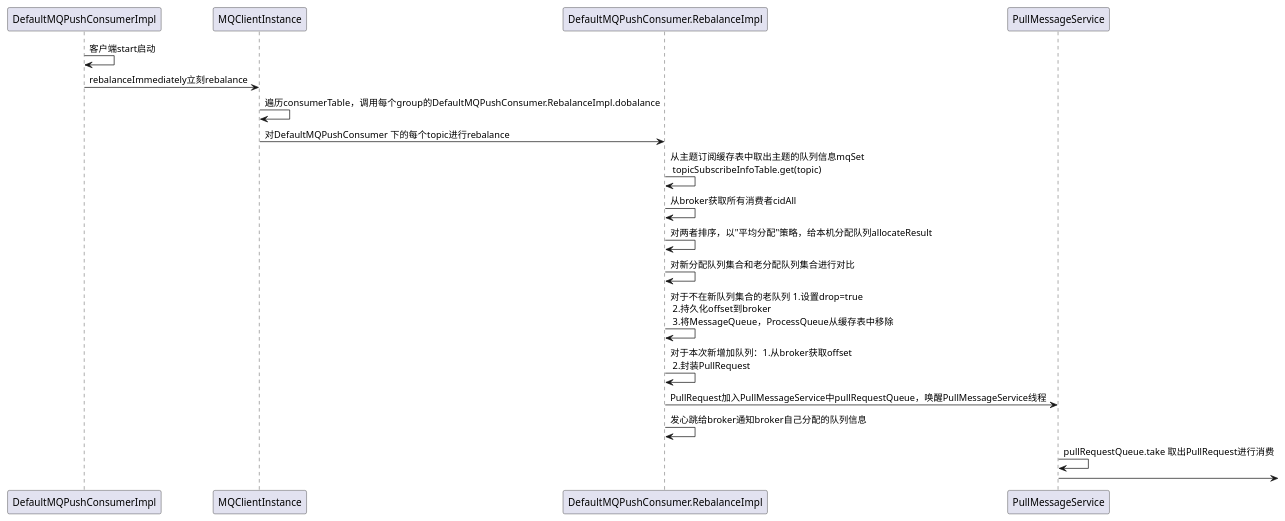
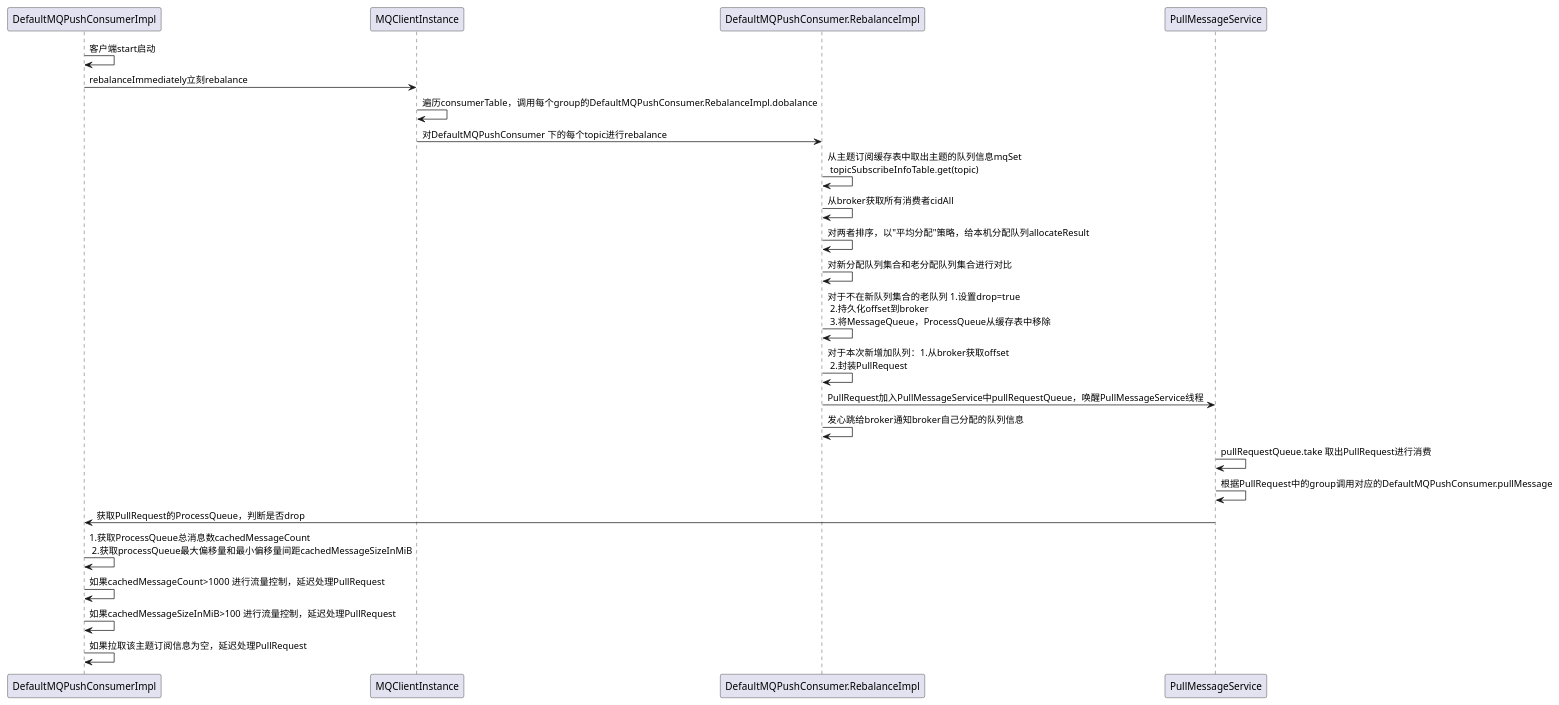
The diagram in rocketmq/消息消费.puml (sybnfkn/java-chaotic), drawn with PlantUML before and after one commit.

```diff
--- a/rocketmq/消息消费.puml
+++ b/rocketmq/消息消费.puml
@@ -1,20 +1,28 @@
 @startuml
 DefaultMQPushConsumerImpl -> DefaultMQPushConsumerImpl:客户端start启动
 DefaultMQPushConsumerImpl -> MQClientInstance:rebalanceImmediately立刻rebalance
 MQClientInstance -> MQClientInstance:遍历consumerTable，调用每个group的DefaultMQPushConsumer.RebalanceImpl.dobalance
 MQClientInstance -> DefaultMQPushConsumer.RebalanceImpl: 对DefaultMQPushConsumer 下的每个topic进行rebalance
 DefaultMQPushConsumer.RebalanceImpl-> DefaultMQPushConsumer.RebalanceImpl:从主题订阅缓存表中取出主题的队列信息mqSet \n topicSubscribeInfoTable.get(topic)
 DefaultMQPushConsumer.RebalanceImpl-> DefaultMQPushConsumer.RebalanceImpl:从broker获取所有消费者cidAll
 DefaultMQPushConsumer.RebalanceImpl-> DefaultMQPushConsumer.RebalanceImpl:对两者排序，以"平均分配"策略，给本机分配队列allocateResult
 DefaultMQPushConsumer.RebalanceImpl-> DefaultMQPushConsumer.RebalanceImpl:对新分配队列集合和老分配队列集合进行对比
 DefaultMQPushConsumer.RebalanceImpl-> DefaultMQPushConsumer.RebalanceImpl:对于不在新队列集合的老队列 1.设置drop=true \n 2.持久化offset到broker \n 3.将MessageQueue，ProcessQueue从缓存表中移除
 
 DefaultMQPushConsumer.RebalanceImpl-> DefaultMQPushConsumer.RebalanceImpl:对于本次新增加队列：1.从broker获取offset \n 2.封装PullRequest
 DefaultMQPushConsumer.RebalanceImpl-> PullMessageService:PullRequest加入PullMessageService中pullRequestQueue，唤醒PullMessageService线程
 DefaultMQPushConsumer.RebalanceImpl-> DefaultMQPushConsumer.RebalanceImpl:发心跳给broker通知broker自己分配的队列信息
 
 PullMessageService -> PullMessageService:pullRequestQueue.take 取出PullRequest进行消费
-PullMessageService ->
+PullMessageService -> PullMessageService:根据PullRequest中的group调用对应的DefaultMQPushConsumer.pullMessage
+
+PullMessageService -> DefaultMQPushConsumerImpl:获取PullRequest的ProcessQueue，判断是否drop
+
+DefaultMQPushConsumerImpl -> DefaultMQPushConsumerImpl:1.获取ProcessQueue总消息数cachedMessageCount \n 2.获取processQueue最大偏移量和最小偏移量间距cachedMessageSizeInMiB
+DefaultMQPushConsumerImpl -> DefaultMQPushConsumerImpl:如果cachedMessageCount>1000 进行流量控制，延迟处理PullRequest
+DefaultMQPushConsumerImpl -> DefaultMQPushConsumerImpl:如果cachedMessageSizeInMiB>100 进行流量控制，延迟处理PullRequest
+DefaultMQPushConsumerImpl -> DefaultMQPushConsumerImpl:如果拉取该主题订阅信息为空，延迟处理PullRequest
+
 
 
 @enduml
```
